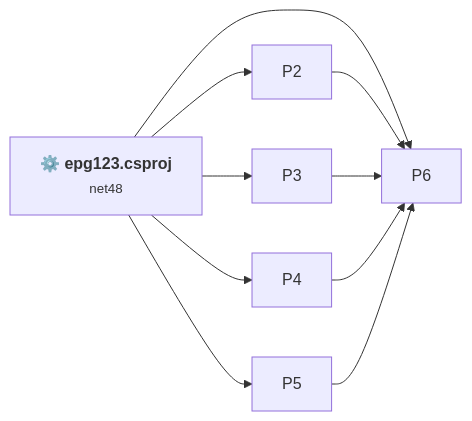
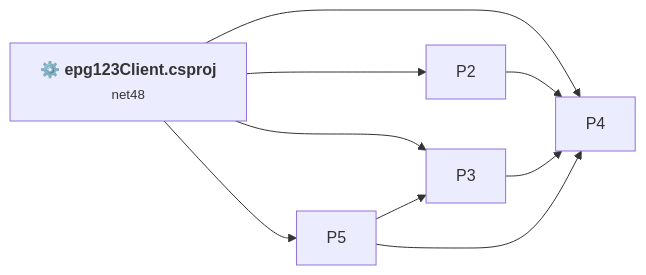
One commit to Kev506/epg123 changed the first of 2 diagrams in .github/upgrades/scenarios/dotnet-version-upgrade/assessment.md. Above: the diagram before and after it, drawn with Mermaid. The commit also changed other lines of this file and 14 other files, not shown here.

````diff
--- a/.github/upgrades/scenarios/dotnet-version-upgrade/assessment.md
+++ b/.github/upgrades/scenarios/dotnet-version-upgrade/assessment.md
@@ -148,15 +149,14 @@
 ```mermaid
 flowchart LR
-    P1["<b>⚙️&nbsp;epg123.csproj</b><br/><small>net48</small>"]
+    P1["<b>⚙️&nbsp;epg123Client.csproj</b><br/><small>net48</small>"]
     P1 --> P2
     P1 --> P3
     P1 --> P4
     P1 --> P5
-    P1 --> P6
-    P2 --> P6
-    P3 --> P6
-    P4 --> P6
-    P5 --> P6
-    click P1 "#epg123csproj"
+    P2 --> P4
+    P3 --> P4
+    P5 --> P3
+    P5 --> P4
+    click P1 "#epg123clientcsproj"
 
 ```
````
